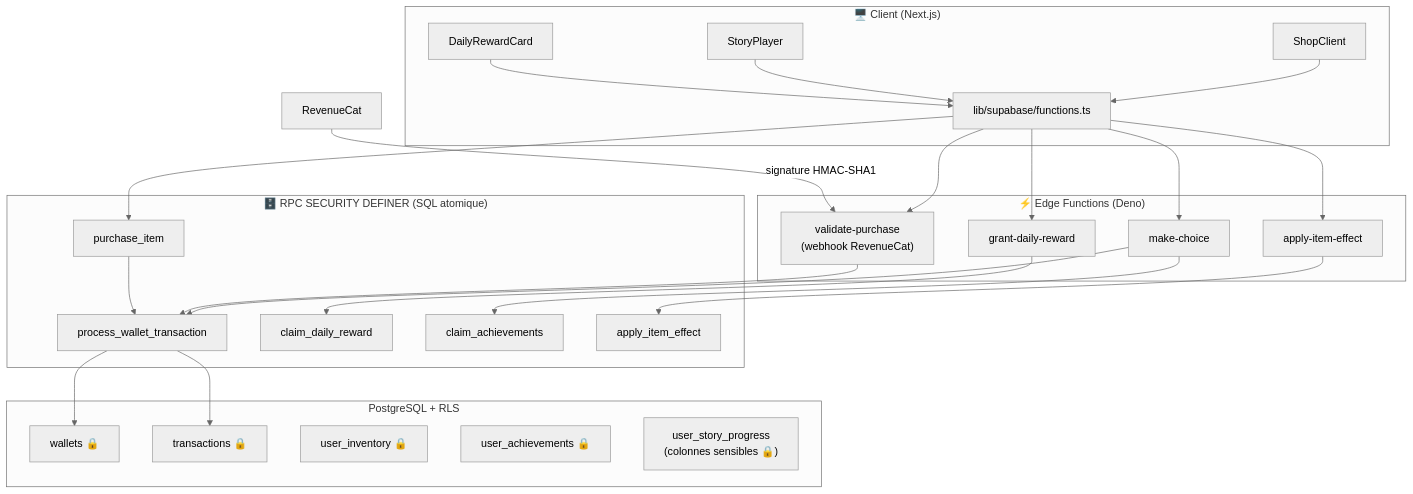
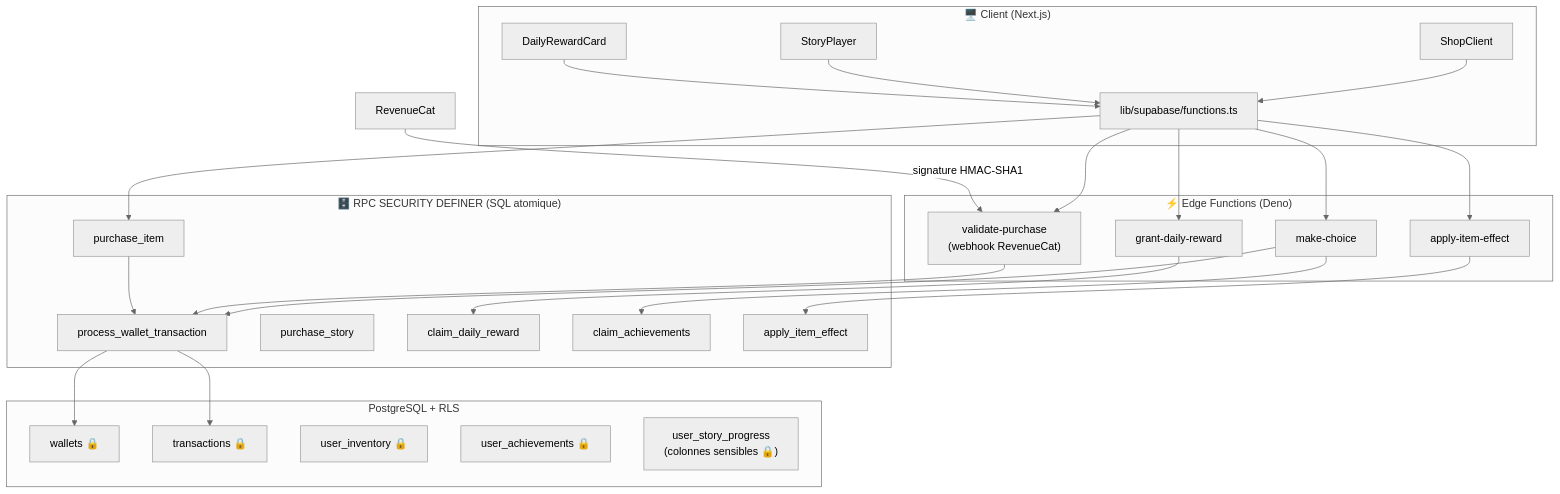
The diagram in app/docs/EDGE_FUNCTIONS.md (varatis/Heros), drawn with Mermaid (neutral theme) before and after one commit. The commit also changed other lines of this file and 17 other files, not shown here.

````diff
--- a/app/docs/EDGE_FUNCTIONS.md
+++ b/app/docs/EDGE_FUNCTIONS.md
@@ -18,45 +18,46 @@
 ```mermaid
 graph TB
     subgraph CLIENT["🖥️ Client (Next.js)"]
         SHOP["ShopClient"]
         PLAYER["StoryPlayer"]
         DAILY["DailyRewardCard"]
         WRAPPERS["lib/supabase/functions.ts"]
     end
 
     subgraph EDGE["⚡ Edge Functions (Deno)"]
         MC["make-choice"]
         AIE["apply-item-effect"]
         VP["validate-purchase<br/>(webhook RevenueCat)"]
         GDR["grant-daily-reward"]
     end
 
     subgraph RPC["🗄️ RPC SECURITY DEFINER (SQL atomique)"]
         PWT["process_wallet_transaction"]
         PI["purchase_item"]
+        PS["purchase_story"]
         CDR["claim_daily_reward"]
         CA["claim_achievements"]
         AIEF["apply_item_effect"]
     end
 
     subgraph DB["PostgreSQL + RLS"]
         W["wallets 🔒"]
         T["transactions 🔒"]
         I["user_inventory 🔒"]
         UA["user_achievements 🔒"]
         P["user_story_progress<br/>(colonnes sensibles 🔒)"]
     end
 
     RC["RevenueCat"]
 
     SHOP --> WRAPPERS --> VP & PI
     PLAYER --> WRAPPERS --> MC & AIE
     DAILY --> WRAPPERS --> GDR
     MC --> PWT & CA
     VP --> PWT
     GDR --> CDR
     AIE --> AIEF
     PI --> PWT
     PWT --> W & T
     RC -->|signature HMAC-SHA1| VP
 ```
````
